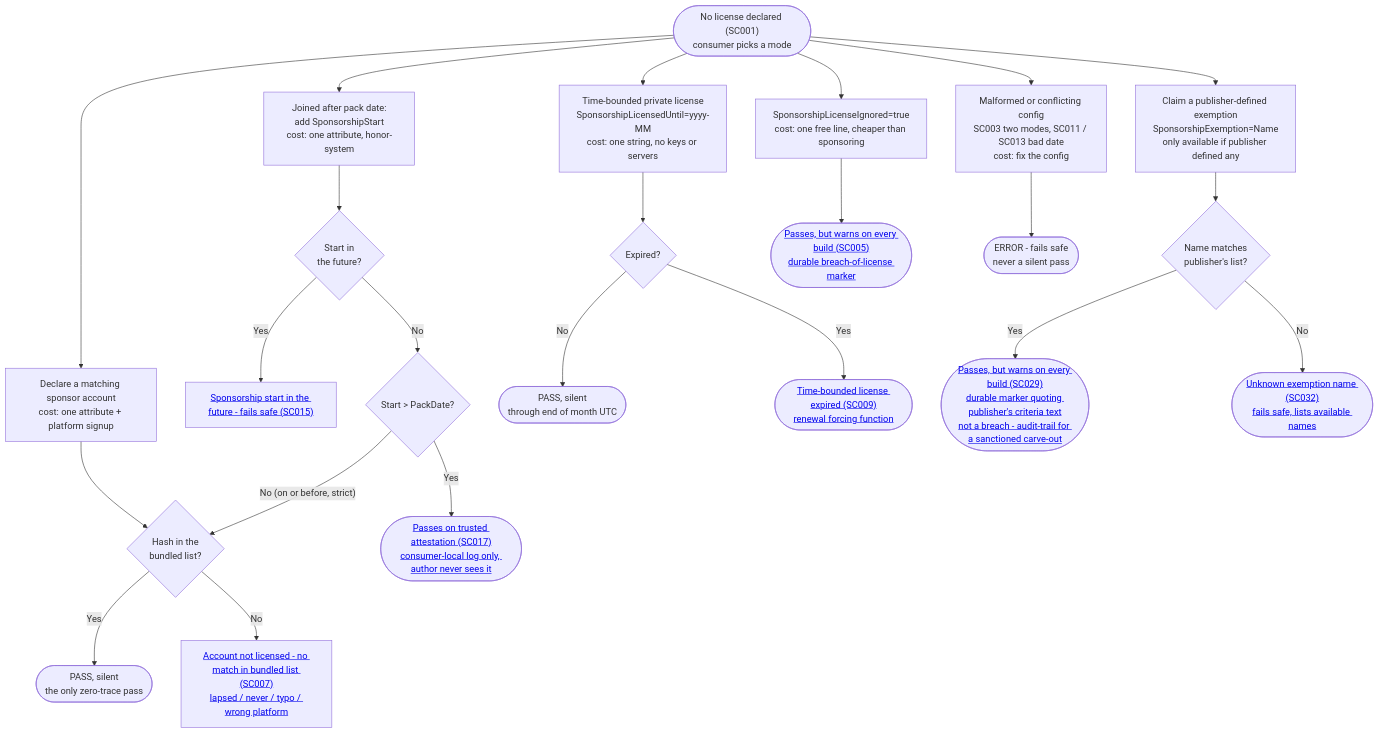
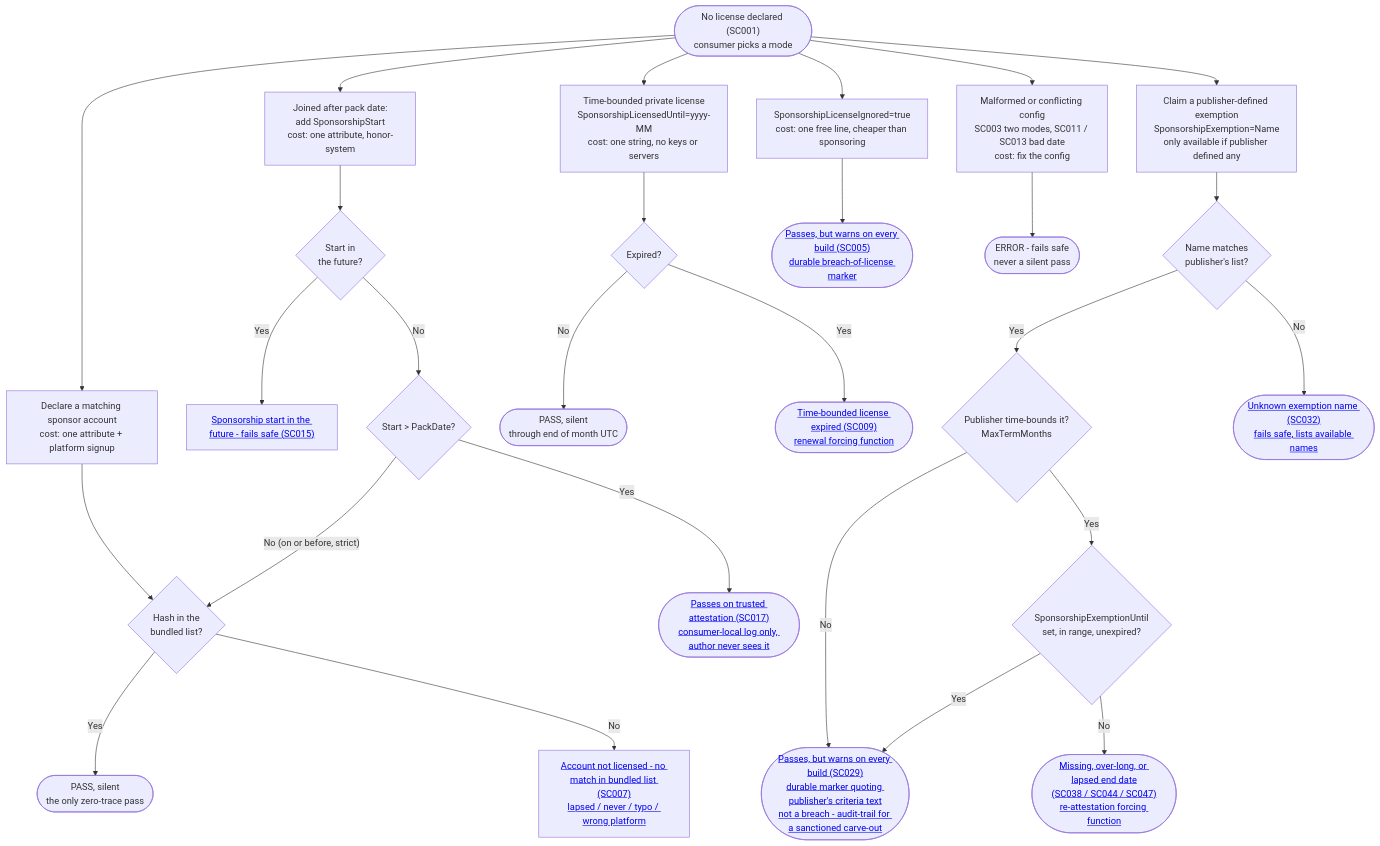
One commit to SimonCropp/SponsorCheck changed the second of 4 diagrams in docs/WhyBuildTimeVerification.md. Above: the diagram before and after it, drawn with Mermaid. The commit also changed other lines of this file and 79 other files, not shown here.

````diff
--- a/docs/WhyBuildTimeVerification.md
+++ b/docs/WhyBuildTimeVerification.md
@@ -89,31 +89,36 @@
 ```mermaid
 flowchart TD
     Root([No license declared #40;SC001#41;<br/>consumer picks a mode]) --> Sponsor
     Root --> Start
     Root --> License
     Root --> Exempt
     Root --> Ignore
     Root --> Bad
 
     Sponsor["Declare a matching sponsor account<br/>cost: one attribute + platform signup"] --> SMatch{"Hash in the<br/>bundled list?"}
     SMatch -->|"Yes"| SPass(["PASS, silent<br/>the only zero-trace pass"])
     SMatch -->|"No"| SC007[<a href='https://github.com/SimonCropp/SponsorCheck/blob/main/docs/VerifierDiagnosticCodes.md#sc007'>Account not licensed - no match in bundled list #40;SC007#41;<br/>lapsed / never / typo / wrong platform</a>]
 
     Start["Joined after pack date:<br/>add SponsorshipStart<br/>cost: one attribute, honor-system"] --> SFuture{"Start in<br/>the future?"}
     SFuture -->|"Yes"| SC015[<a href='https://github.com/SimonCropp/SponsorCheck/blob/main/docs/VerifierDiagnosticCodes.md#sc015'>Sponsorship start in the future - fails safe #40;SC015#41;</a>]
     SFuture -->|"No"| SAfter{"Start &gt; PackDate?"}
     SAfter -->|"Yes"| SC017([<a href='https://github.com/SimonCropp/SponsorCheck/blob/main/docs/VerifierDiagnosticCodes.md#sc017'>Passes on trusted attestation #40;SC017#41;<br/>consumer-local log only, author never sees it</a>])
     SAfter -->|"No (on or before, strict)"| SMatch
 
     License["Time-bounded private license<br/>SponsorshipLicensedUntil=yyyy-MM<br/>cost: one string, no keys or servers"] --> LExp{"Expired?"}
     LExp -->|"No"| LPass(["PASS, silent<br/>through end of month UTC"])
     LExp -->|"Yes"| SC009([<a href='https://github.com/SimonCropp/SponsorCheck/blob/main/docs/VerifierDiagnosticCodes.md#sc009'>Time-bounded license expired #40;SC009#41;<br/>renewal forcing function</a>])
 
     Exempt["Claim a publisher-defined exemption<br/>SponsorshipExemption=Name<br/>only available if publisher defined any"] --> EKnown{"Name matches<br/>publisher's list?"}
-    EKnown -->|"Yes"| SC029([<a href='https://github.com/SimonCropp/SponsorCheck/blob/main/docs/VerifierDiagnosticCodes.md#sc029'>Passes, but warns on every build #40;SC029#41;<br/>durable marker quoting publisher's criteria text<br/>not a breach - audit-trail for a sanctioned carve-out</a>])
+    EKnown -->|"Yes"| EBound{"Publisher time-bounds it?<br/>MaxTermMonths"}
+    EBound -->|"No"| SC029
+    EBound -->|"Yes"| EExp{"SponsorshipExemptionUntil<br/>set, in range, unexpired?"}
+    EExp -->|"Yes"| SC029
+    EExp -->|"No"| SC038([<a href='https://github.com/SimonCropp/SponsorCheck/blob/main/docs/VerifierDiagnosticCodes.md#sc038'>Missing, over-long, or lapsed end date<br/>#40;SC038 / SC044 / SC047#41;<br/>re-attestation forcing function</a>])
+    SC029([<a href='https://github.com/SimonCropp/SponsorCheck/blob/main/docs/VerifierDiagnosticCodes.md#sc029'>Passes, but warns on every build #40;SC029#41;<br/>durable marker quoting publisher's criteria text<br/>not a breach - audit-trail for a sanctioned carve-out</a>])
     EKnown -->|"No"| SC032([<a href='https://github.com/SimonCropp/SponsorCheck/blob/main/docs/VerifierDiagnosticCodes.md#sc032'>Unknown exemption name #40;SC032#41;<br/>fails safe, lists available names</a>])
 
     Ignore["SponsorshipLicenseIgnored=true<br/>cost: one free line, cheaper than sponsoring"] --> SC005([<a href='https://github.com/SimonCropp/SponsorCheck/blob/main/docs/VerifierDiagnosticCodes.md#sc005'>Passes, but warns on every build #40;SC005#41;<br/>durable breach-of-license marker</a>])
 
     Bad["Malformed or conflicting config<br/>SC003 two modes, SC011 / SC013 bad date<br/>cost: fix the config"] --> BadEnd(["ERROR - fails safe<br/>never a silent pass"])
 ```
````
